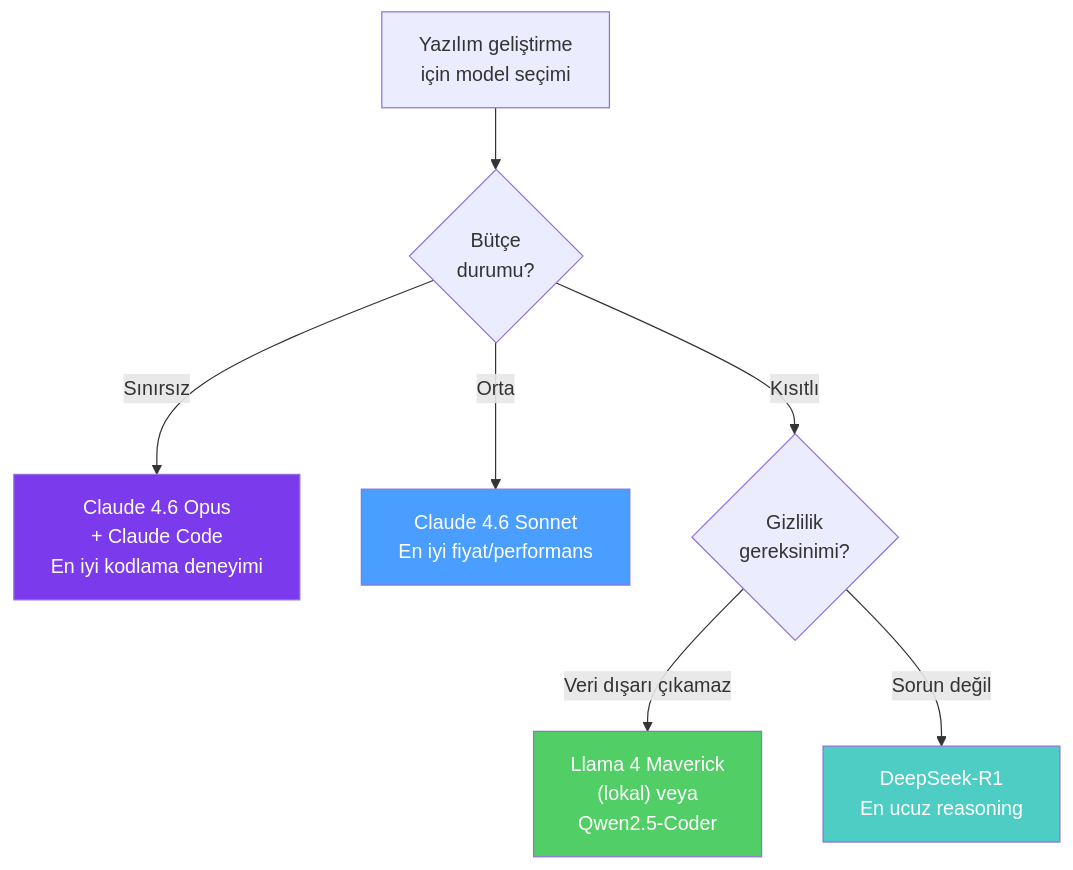
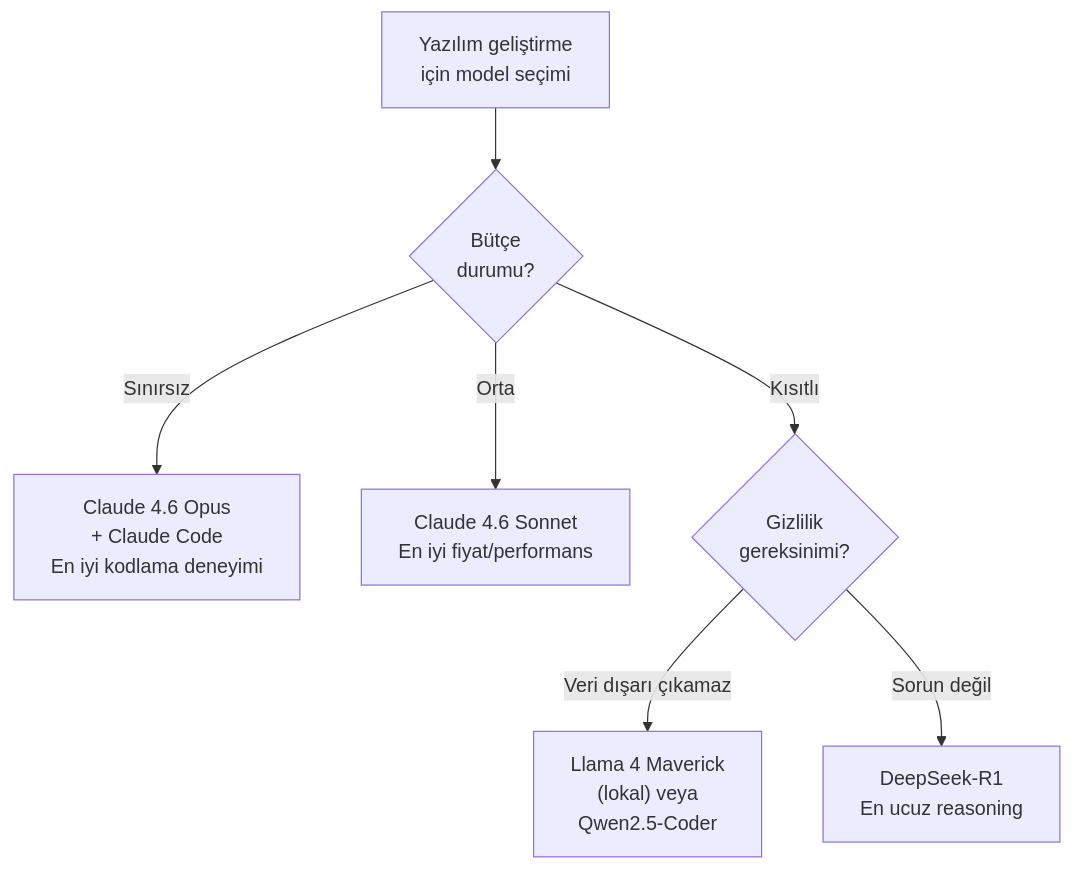
One commit to IzzetYasinAtes/ClaudeCodeHandbook changed the eighth of 11 diagrams in 03-llm-saglayicilari/06-buyuk-karsilastirma.md. Above: the diagram before and after it, drawn with Mermaid. The commit also changed other lines of this file and 97 other files, not shown here.

Commit message:
Remove all custom Mermaid style/fill colors from 98 markdown files for consistent dark theme rendering

````diff
--- a/03-llm-saglayicilari/06-buyuk-karsilastirma.md
+++ b/03-llm-saglayicilari/06-buyuk-karsilastirma.md
@@ -220,18 +220,14 @@
 ```mermaid
 flowchart TD
     Q["Yazılım geliştirme<br/>için model seçimi"]
 
     Q --> Q1{"Bütçe<br/>durumu?"}
 
     Q1 -->|"Sınırsız"| A1["Claude 4.6 Opus<br/>+ Claude Code<br/>En iyi kodlama deneyimi"]
     Q1 -->|"Orta"| A2["Claude 4.6 Sonnet<br/>En iyi fiyat/performans"]
     Q1 -->|"Kısıtlı"| Q2{"Gizlilik<br/>gereksinimi?"}
 
     Q2 -->|"Veri dışarı çıkamaz"| A3["Llama 4 Maverick<br/>(lokal) veya<br/>Qwen2.5-Coder"]
     Q2 -->|"Sorun değil"| A4["DeepSeek-R1<br/>En ucuz reasoning"]
 
-    style A1 fill:#7c3aed,color:#fff
-    style A2 fill:#4a9eff,color:#fff
-    style A3 fill:#51cf66,color:#fff
-    style A4 fill:#4ecdc4,color:#fff
 ```
````
